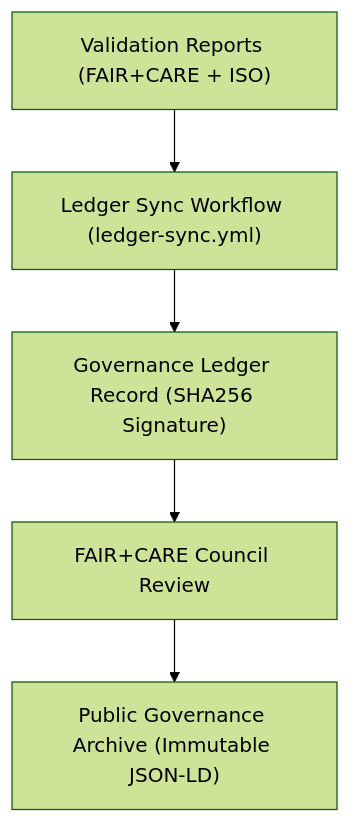
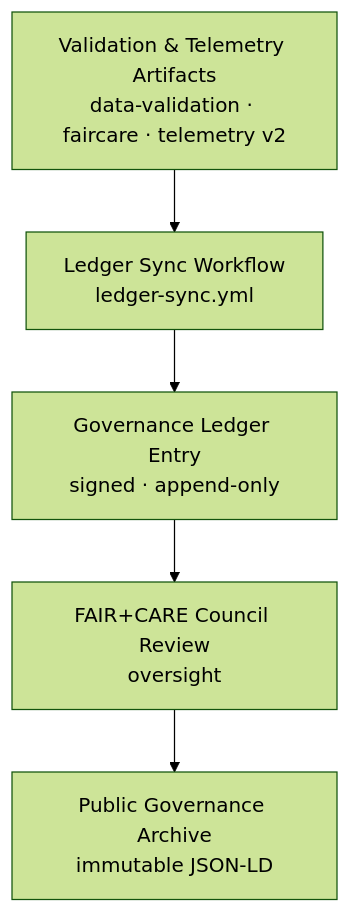
One commit to bartytime4life/Kansas-Frontier-Matrix changed the first of 2 diagrams in docs/guides/workflows/governance-ledger-pipeline.md. Above: the diagram before and after it, drawn with Mermaid (forest theme). The commit also changed other lines of this file, not shown here.

First line of the commit message:
Update governance ledger pipeline documentation to v10.4.2

`````diff
--- a/docs/guides/workflows/governance-ledger-pipeline.md
+++ b/docs/guides/workflows/governance-ledger-pipeline.md
@@ -63,7 +80,8 @@
 ```mermaid
 flowchart TD
-A["Validation Reports (FAIR+CARE + ISO)"] --> B["Ledger Sync Workflow (ledger-sync.yml)"]
-B --> C["Governance Ledger Record (SHA256 Signature)"]
-C --> D["FAIR+CARE Council Review"]
-D --> E["Public Governance Archive (Immutable JSON-LD)"]
-```
+
+A["Validation & Telemetry Artifacts<br/>data-validation · faircare · telemetry v2"] --> B["Ledger Sync Workflow<br/>ledger-sync.yml"]
+B --> C["Governance Ledger Entry<br/>signed · append-only"]
+C --> D["FAIR+CARE Council Review<br/>oversight"]
+D --> E["Public Governance Archive<br/>immutable JSON-LD"]
+````
`````
